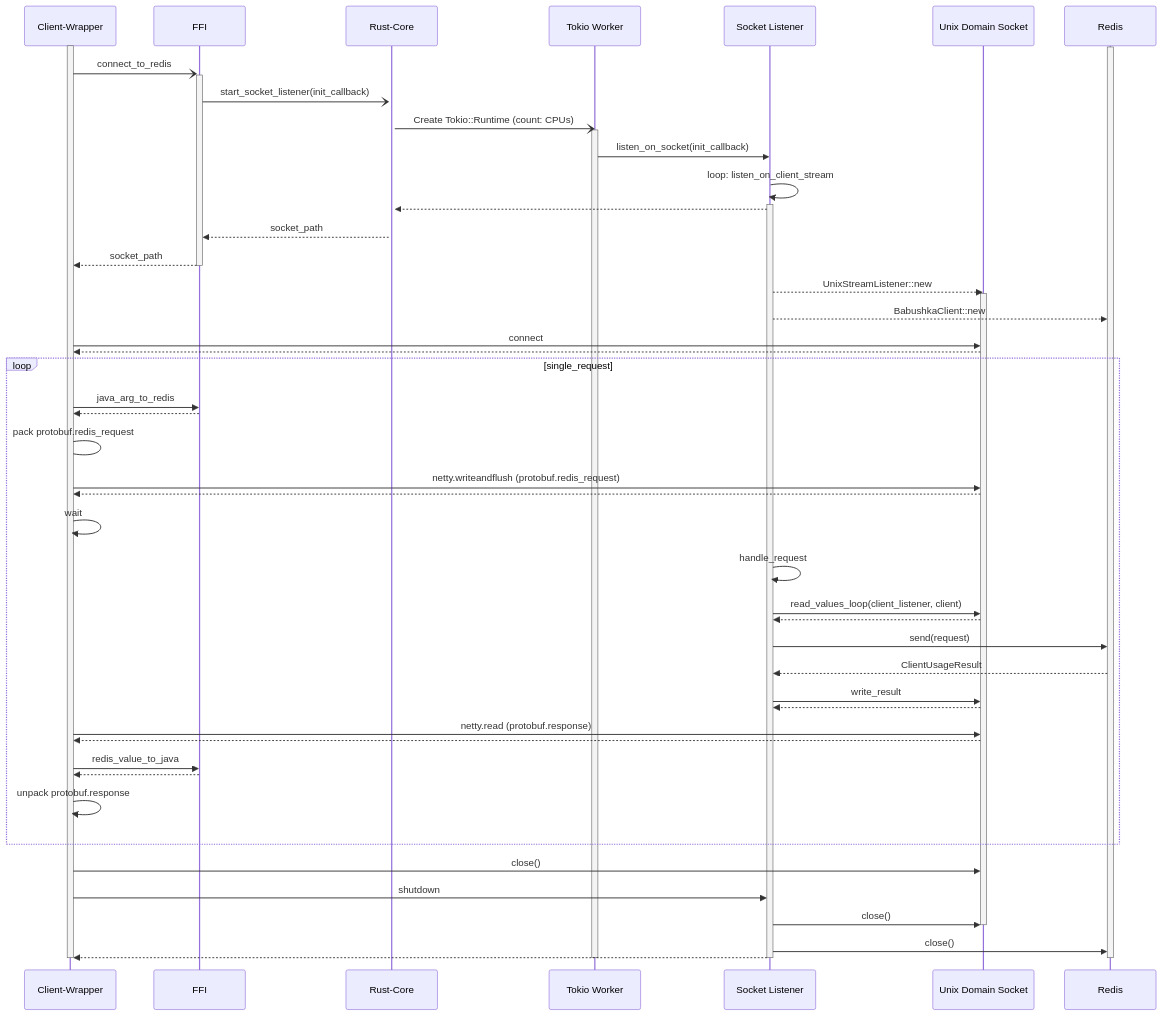
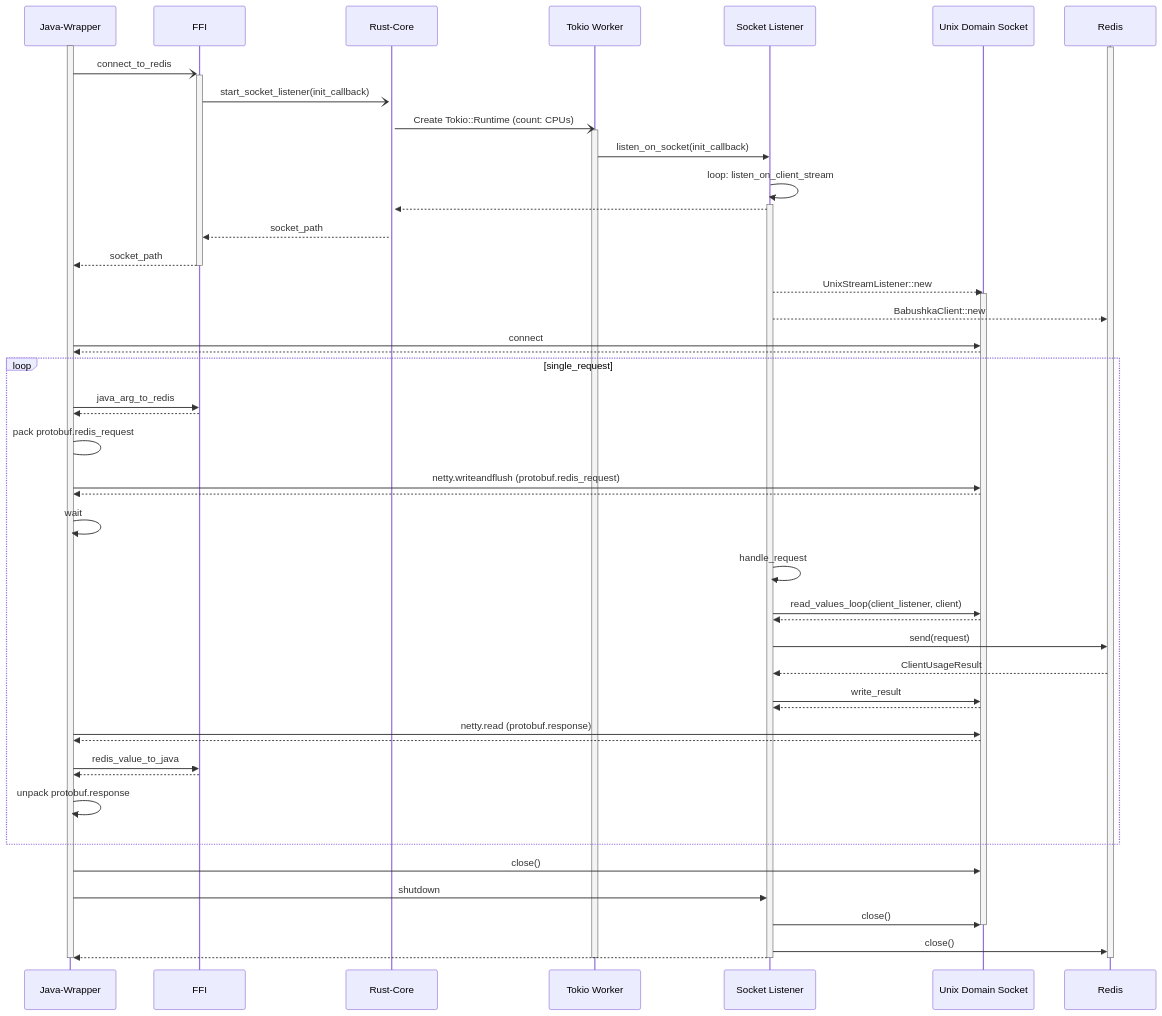
Before and after one commit to Bit-Quill/valkey-glide: the second of 4 diagrams in docs/design-raw-ffi.md, drawn with Mermaid. The commit also changed other lines of this file, not shown here.

Commit message:
Add go and java-specific language

````diff
--- a/docs/design-raw-ffi.md
+++ b/docs/design-raw-ffi.md
@@ -56,59 +56,59 @@
 ```mermaid
 sequenceDiagram
 
-participant Wrapper as Client-Wrapper
+participant Wrapper as Java-Wrapper
 participant ffi as FFI
 participant manager as Rust-Core
 participant worker as Tokio Worker
 participant SocketListener as Socket Listener
 participant Socket as Unix Domain Socket
 participant Client as Redis
 
 activate Wrapper
 activate Client
 Wrapper -)+ ffi: connect_to_redis
 ffi -)+ manager: start_socket_listener(init_callback)
     manager -) worker: Create Tokio::Runtime (count: CPUs)
         activate worker
         worker ->> SocketListener: listen_on_socket(init_callback)
         SocketListener ->> SocketListener: loop: listen_on_client_stream
             activate SocketListener
         SocketListener -->> manager: 
     manager -->> ffi: socket_path
 ffi -->>- Wrapper: socket_path
     SocketListener -->> Socket: UnixStreamListener::new
     activate Socket
     SocketListener -->> Client: BabushkaClient::new
 Wrapper ->> Socket: connect 
     Socket -->> Wrapper: 
 loop single_request
     Wrapper ->> ffi: java_arg_to_redis
     ffi -->> Wrapper: 
     Wrapper -> Wrapper: pack protobuf.redis_request
     Wrapper ->> Socket: netty.writeandflush (protobuf.redis_request)
     Socket -->> Wrapper: 
     Wrapper ->> Wrapper: wait
         SocketListener ->> SocketListener: handle_request
         SocketListener ->> Socket: read_values_loop(client_listener, client)
             Socket -->> SocketListener: 
         SocketListener ->> Client: send(request)
         Client -->> SocketListener: ClientUsageResult
         SocketListener ->> Socket: write_result
             Socket -->> SocketListener: 
     Wrapper ->> Socket: netty.read (protobuf.response)
         Socket -->> Wrapper: 
     Wrapper ->> ffi: redis_value_to_java
     ffi -->> Wrapper: 
     Wrapper ->> Wrapper: unpack protobuf.response 
 end
 Wrapper ->> Socket: close() 
 Wrapper ->> SocketListener: shutdown
     SocketListener ->> Socket: close()
     deactivate Socket
     SocketListener ->> Client: close()
     SocketListener -->> Wrapper: 
     deactivate SocketListener
     deactivate worker
     deactivate Wrapper
     deactivate Client
 ```
````
